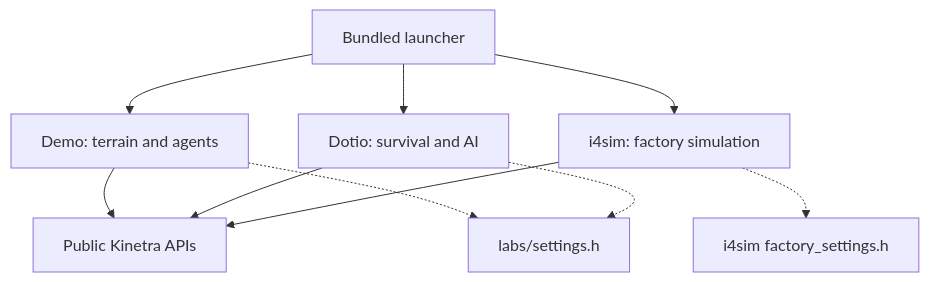
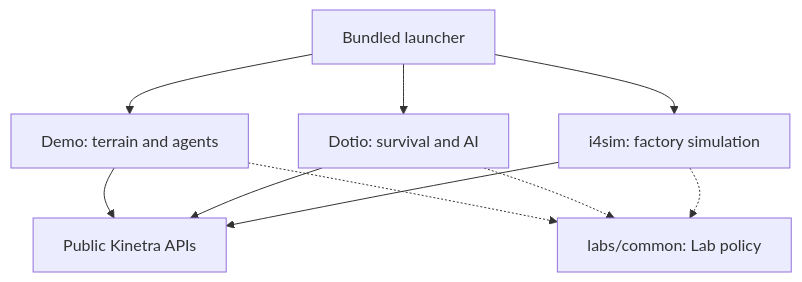
Before and after one commit to SMB-M87/Kinetra-Lab: the diagram in labs/README.md, drawn with Mermaid. The commit also changed other lines of this file and 6 other files, not shown here.

First line of the commit message:
docs(launcher): describe the composition on run_launcher and shared Lab policy

````diff
--- a/labs/README.md
+++ b/labs/README.md
@@ -20,12 +20,12 @@
 ```mermaid
 flowchart TD
     Launcher["Bundled launcher"] --> Demo["Demo: terrain and agents"]
     Launcher --> Dotio["Dotio: survival and AI"]
     Launcher --> Factory["i4sim: factory simulation"]
     Demo --> Engine["Public Kinetra APIs"]
     Dotio --> Engine
     Factory --> Engine
-    Demo -.-> Settings["labs/settings.h"]
-    Dotio -.-> Settings
-    Factory -.-> FactorySettings["i4sim factory_settings.h"]
+    Demo -.-> Common["labs/common: Lab policy"]
+    Dotio -.-> Common
+    Factory -.-> Common
 ```
````
